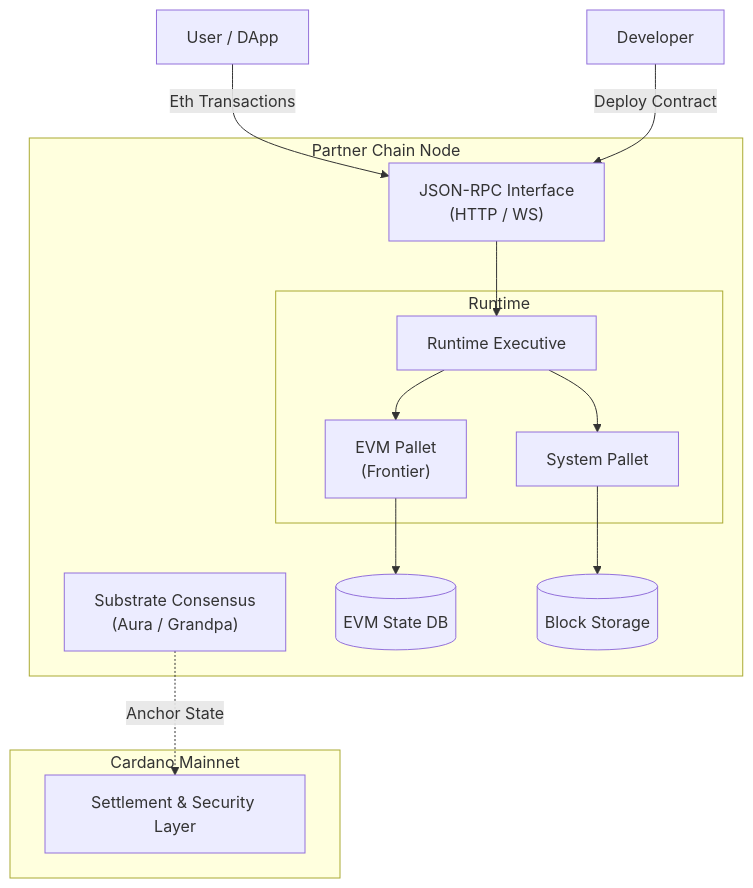
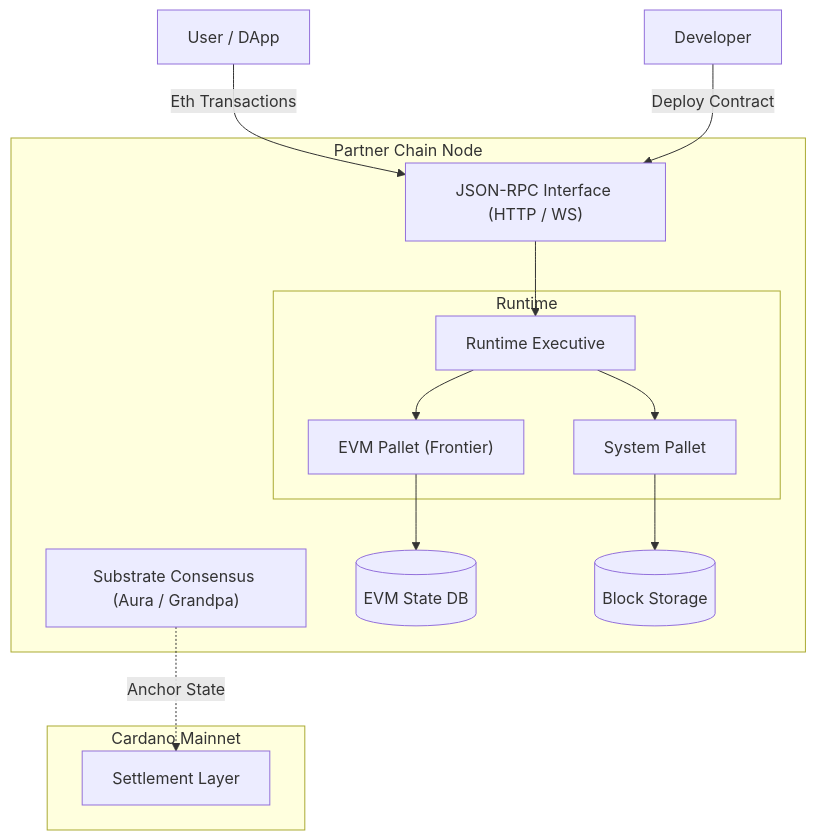
One commit to Vinawizard/Evm-Partner-Chain changed the first of 2 diagrams in README.md. Above: the diagram before and after it, drawn with Mermaid. The commit also changed other lines of this file, not shown here.

Commit message:
docs: Simplify diagrams and add introduction

````diff
--- a/README.md
+++ b/README.md
@@ -8,28 +11,28 @@
 ```mermaid
 graph TD
     subgraph "Cardano Mainnet"
-        L1["Settlement & Security Layer"]
+        L1["Settlement Layer"]
     end
 
     subgraph "Partner Chain Node"
-        Consensus["Substrate Consensus<br/>(Aura / Grandpa)"]
-        RPC["JSON-RPC Interface<br/>(HTTP / WS)"]
+        Consensus["Substrate Consensus (Aura / Grandpa)"]
+        RPC["JSON-RPC Interface (HTTP / WS)"]
         
         subgraph "Runtime"
             Executive["Runtime Executive"]
-            EVM["EVM Pallet<br/>(Frontier)"]
+            EVM["EVM Pallet (Frontier)"]
             System["System Pallet"]
         end
         
         RPC --> Executive
         Executive --> EVM
         Executive --> System
         EVM --> StateDB[("EVM State DB")]
         System --> BlockDB[("Block Storage")]
     end
 
     User["User / DApp"] -->|Eth Transactions| RPC
     Dev["Developer"] -->|Deploy Contract| RPC
     
     Consensus -.->|Anchor State| L1
 ```
````
